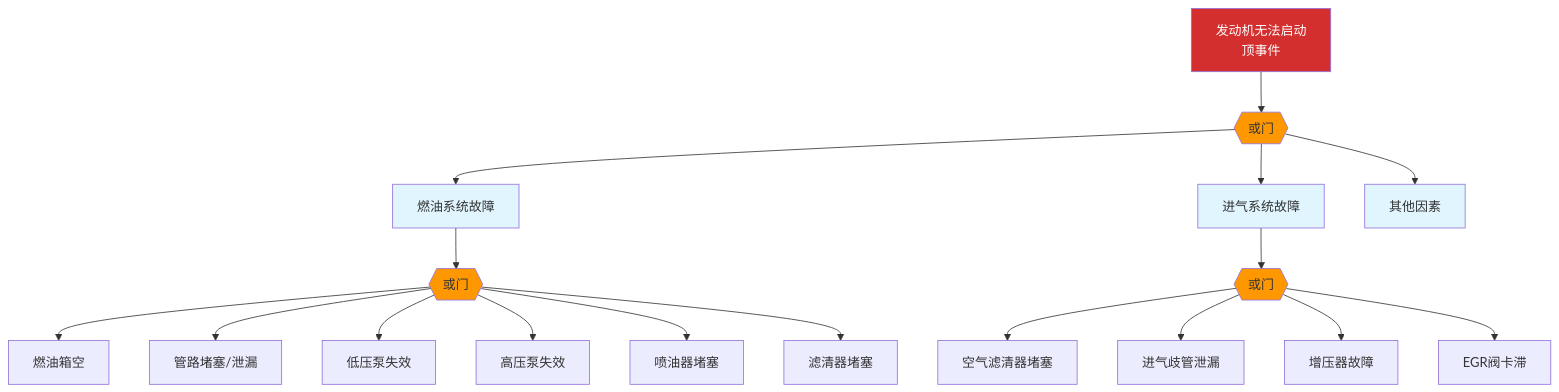
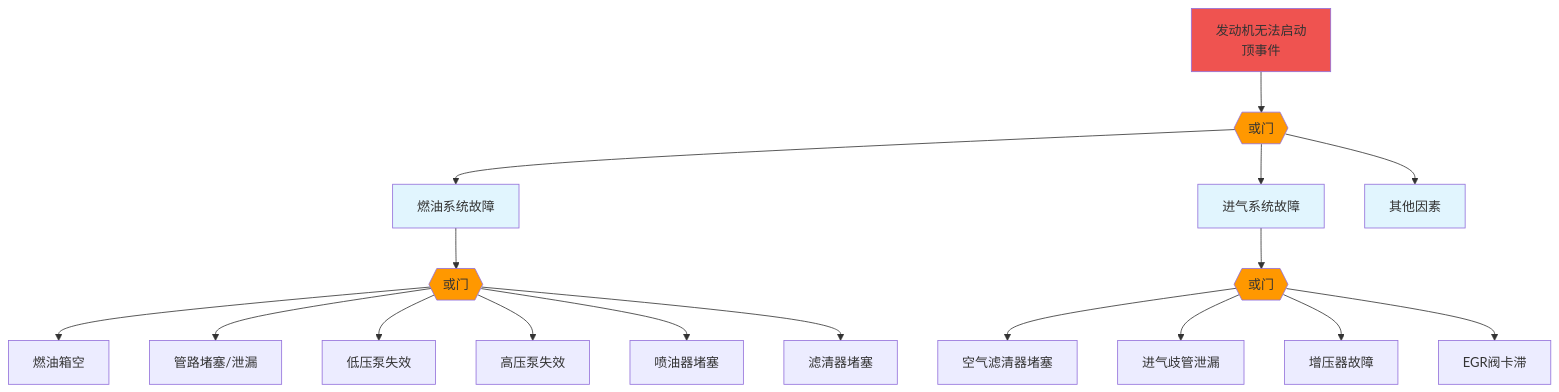
One commit to s-ai-unix/blog changed the third of 8 diagrams in content/posts/2026-01-16-automotive-risk-analysis-overview.md. Above: the diagram before and after it, drawn with Mermaid. The commit also changed other lines of this file and 3 other files, not shown here.

````diff
--- a/content/posts/2026-01-16-automotive-risk-analysis-overview.md
+++ b/content/posts/2026-01-16-automotive-risk-analysis-overview.md
@@ -216,30 +216,30 @@
 ```mermaid
 graph TD
     Top[发动机无法启动<br>顶事件] --> OR1{{或门}}
 
     OR1 --> Fuel[燃油系统故障]
     OR1 --> Air[进气系统故障]
     OR1 --> Other[其他因素]
 
     Fuel --> OR2{{或门}}
     OR2 --> F1[燃油箱空]
     OR2 --> F2[管路堵塞/泄漏]
     OR2 --> F3[低压泵失效]
     OR2 --> F4[高压泵失效]
     OR2 --> F5[喷油器堵塞]
     OR2 --> F6[滤清器堵塞]
 
     Air --> OR3{{或门}}
     OR3 --> A1[空气滤清器堵塞]
     OR3 --> A2[进气歧管泄漏]
     OR3 --> A3[增压器故障]
     OR3 --> A4[EGR阀卡滞]
 
-    style Top fill:#d32f2f,color:#fff
+    style Top fill:#ef5350
     style OR1 fill:#ff9800
     style OR2 fill:#ff9800
     style OR3 fill:#ff9800
     style Fuel fill:#e1f5fe
     style Air fill:#e1f5fe
     style Other fill:#e1f5fe
 ```
````
